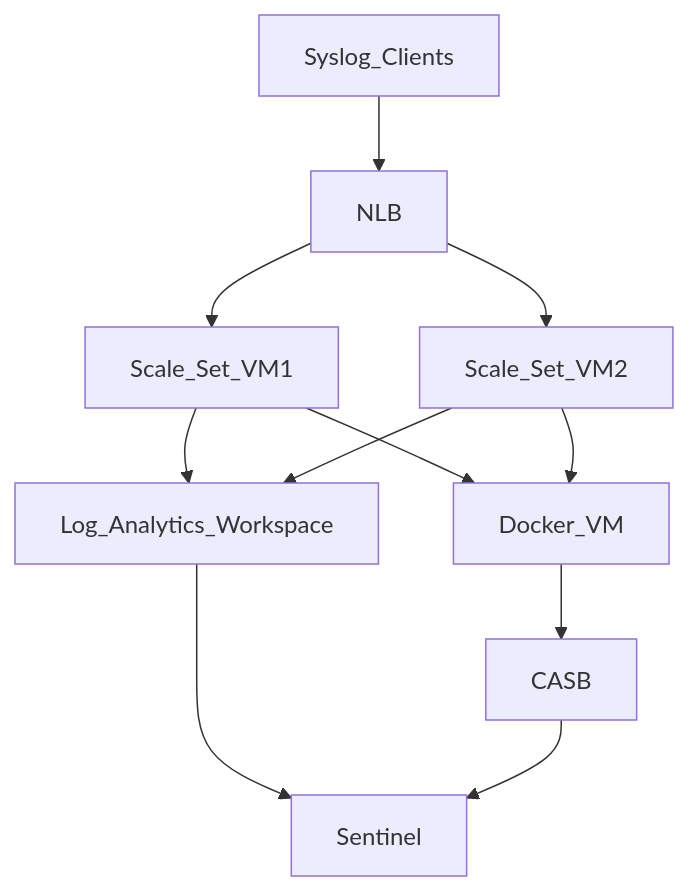
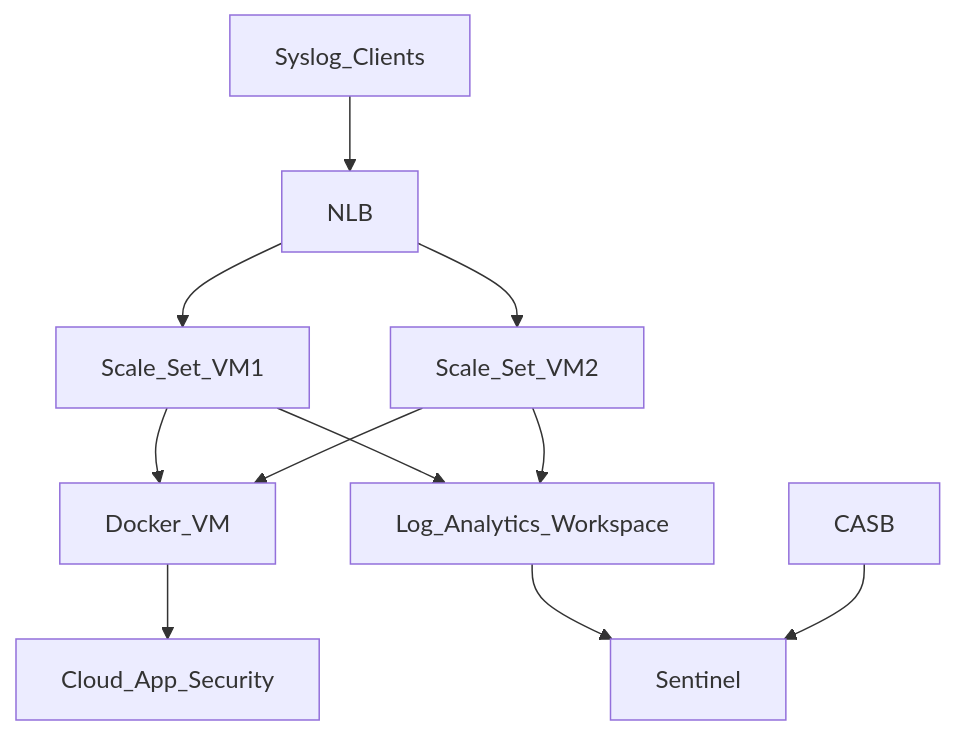
One commit to sip03ds/AzAdmin changed the diagram in RSyslog_Sentinel/README.md. Above: the diagram before and after it, drawn with Mermaid.

````diff
--- a/RSyslog_Sentinel/README.md
+++ b/RSyslog_Sentinel/README.md
@@ -38,14 +38,14 @@
 ```mermaid
     graph TD;
         Syslog_Clients-->NLB;
         NLB-->Scale_Set_VM1;
         NLB-->Scale_Set_VM2;
         Scale_Set_VM1-->Docker_VM;
         Scale_Set_VM1-->Log_Analytics_Workspace;
         Scale_Set_VM2-->Docker_VM;
-        Docker_VM-->CASB;
+        Docker_VM-->Cloud_App_Security;
         Scale_Set_VM2-->Log_Analytics_Workspace;
         Log_Analytics_Workspace-->Sentinel;
         CASB-->Sentinel;
         
 ```
````
